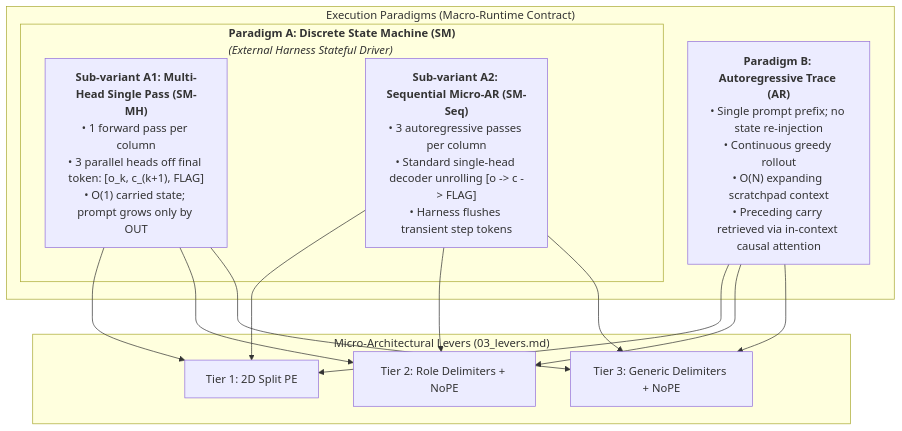
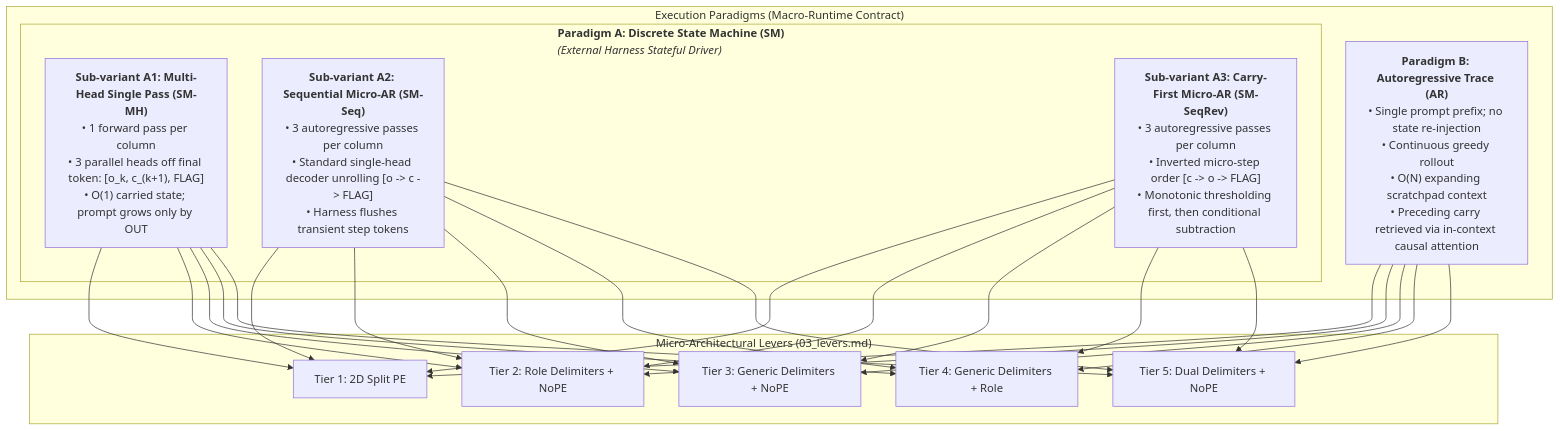
Before and after one commit to louiseightsix/yessir: the diagram in spec/02_mechanics.md, drawn with Mermaid. The commit also changed other lines of this file and 17 other files, not shown here.

Commit message:
sm-seq-rev

````diff
--- a/spec/02_mechanics.md
+++ b/spec/02_mechanics.md
@@ -15,20 +15,24 @@
 ```mermaid
 flowchart TD
     subgraph P["Execution Paradigms (Macro-Runtime Contract)"]
         subgraph SM["<b>Paradigm A: Discrete State Machine (SM)</b><br/><i>(External Harness Stateful Driver)</i>"]
             SM_MH["<b>Sub-variant A1: Multi-Head Single Pass (SM-MH)</b><br/>• 1 forward pass per column<br/>• 3 parallel heads off final token: [o_k, c_(k+1), FLAG]<br/>• O(1) carried state; prompt grows only by OUT"]
             SM_Seq["<b>Sub-variant A2: Sequential Micro-AR (SM-Seq)</b><br/>• 3 autoregressive passes per column<br/>• Standard single-head decoder unrolling [o -> c -> FLAG]<br/>• Harness flushes transient step tokens"]
+            SM_SeqRev["<b>Sub-variant A3: Carry-First Micro-AR (SM-SeqRev)</b><br/>• 3 autoregressive passes per column<br/>• Inverted micro-step order [c -> o -> FLAG]<br/>• Monotonic thresholding first, then conditional subtraction"]
         end
         AR["<b>Paradigm B: Autoregressive Trace (AR)</b><br/>• Single prompt prefix; no state re-injection<br/>• Continuous greedy rollout<br/>• O(N) expanding scratchpad context<br/>• Preceding carry retrieved via in-context causal attention"]
     end
 
     subgraph L["Micro-Architectural Levers (03_levers.md)"]
         T1["Tier 1: 2D Split PE"]
         T2["Tier 2: Role Delimiters + NoPE"]
         T3["Tier 3: Generic Delimiters + NoPE"]
+        T4["Tier 4: Generic Delimiters + Role"]
+        T5["Tier 5: Dual Delimiters + NoPE"]
     end
 
-    SM_MH --> T1 & T2 & T3
-    SM_Seq --> T1 & T2 & T3
-    AR --> T1 & T2 & T3
+    SM_MH --> T1 & T2 & T3 & T4 & T5
+    SM_Seq --> T1 & T2 & T3 & T4 & T5
+    SM_SeqRev --> T1 & T2 & T3 & T4 & T5
+    AR --> T1 & T2 & T3 & T4 & T5
 ```
````
